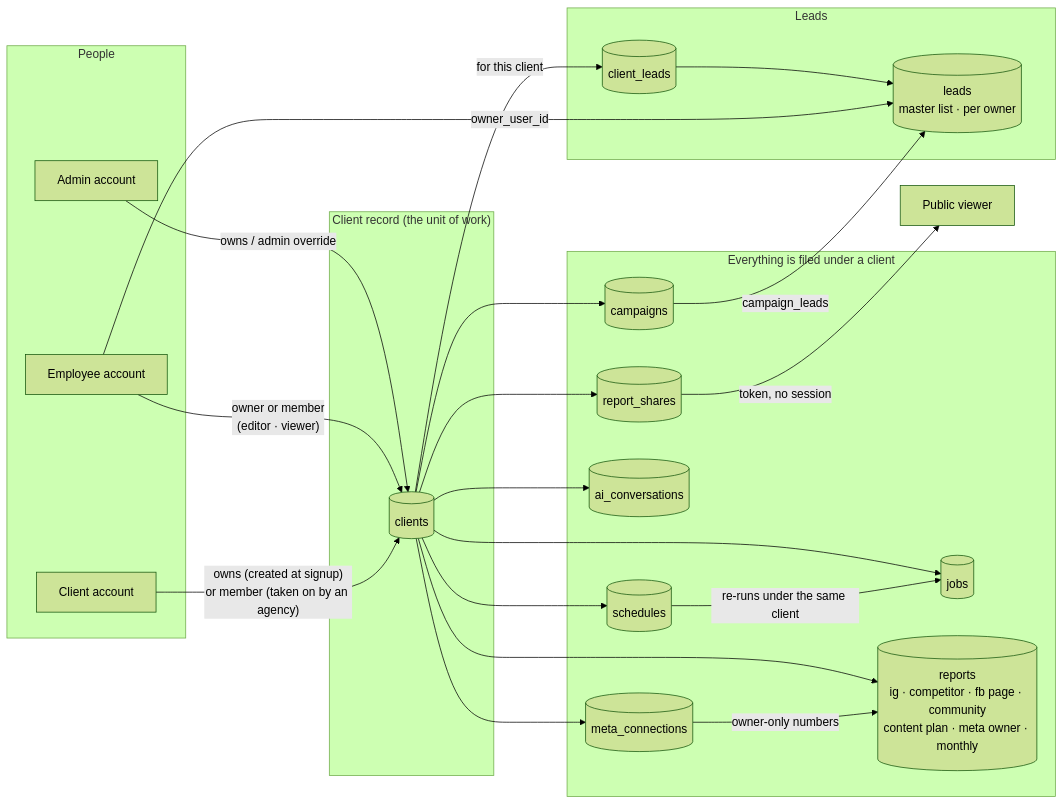
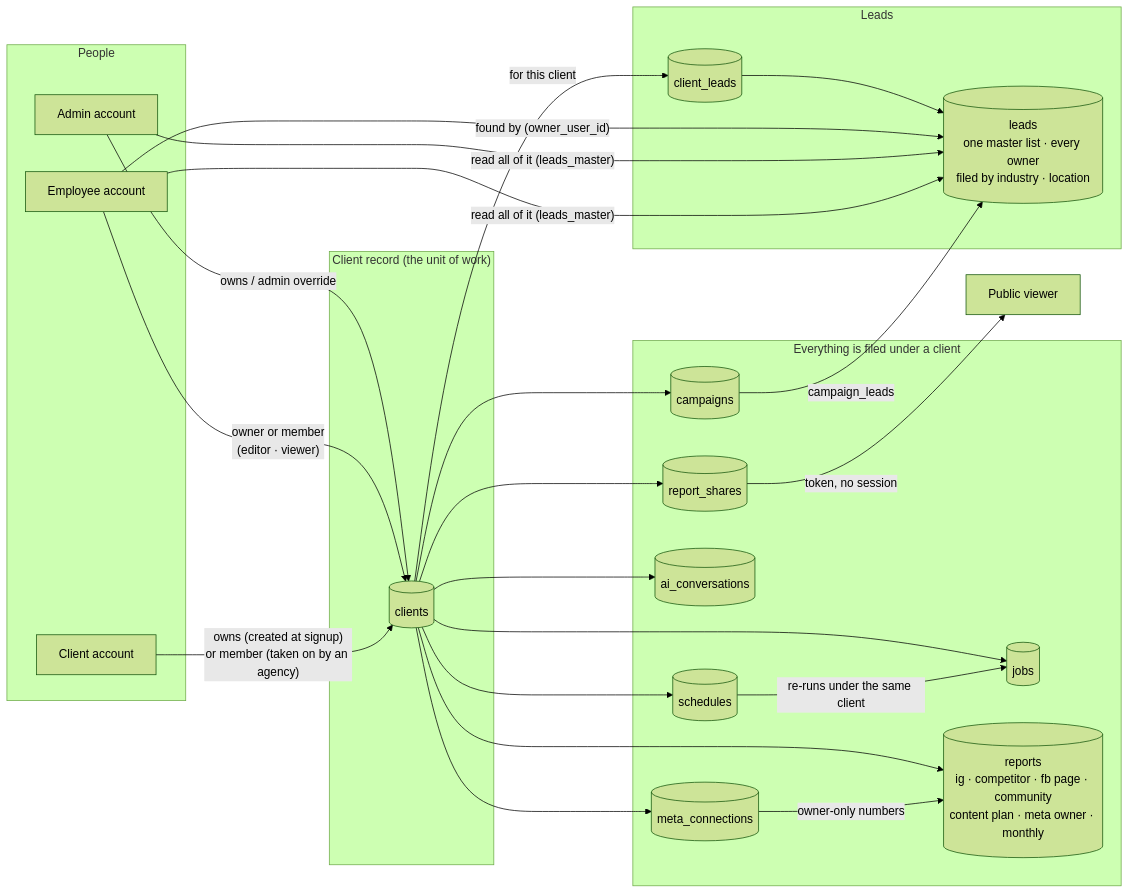
The diagram in docs/USE-CASES.md (yousuftalukder/leadgen-backend), drawn with Mermaid (forest theme) before and after one commit. The commit also changed other lines of this file and 8 other files, not shown here.

````diff
--- a/docs/USE-CASES.md
+++ b/docs/USE-CASES.md
@@ -37,40 +37,41 @@
 ```mermaid
 flowchart LR
     subgraph People
         ADM[Admin account]
         EMP[Employee account]
         CLI[Client account]
     end
 
     subgraph Business["Client record (the unit of work)"]
         C[(clients)]
     end
 
     ADM -- "owns / admin override" --> C
     EMP -- "owner or member<br/>(editor · viewer)" --> C
     CLI -- "owns (created at signup)<br/>or member (taken on by an agency)" --> C
 
     subgraph Work["Everything is filed under a client"]
         J[(jobs)]
         R[(reports<br/>ig · competitor · fb page · community<br/>content plan · meta owner · monthly)]
         CP[(campaigns)]
         MC[(meta_connections)]
         TH[(ai_conversations)]
         SC[(schedules)]
         SH[(report_shares)]
     end
 
     C --> J & R & CP & MC & TH & SC & SH
 
     subgraph Leads
-        L[(leads<br/>master list · per owner)]
+        L[(leads<br/>one master list · every owner<br/>filed by industry · location)]
         CL[(client_leads)]
     end
     CP -- campaign_leads --> L
     C -- "for this client" --> CL --> L
-    EMP -- "owner_user_id" --> L
+    EMP -- "found by (owner_user_id)" --> L
+    ADM & EMP -- "read all of it (leads_master)" --> L
 
     SH -- "token, no session" --> PUB[Public viewer]
     SC -- "re-runs under the same client" --> J
     MC -- "owner-only numbers" --> R
 ```
````
